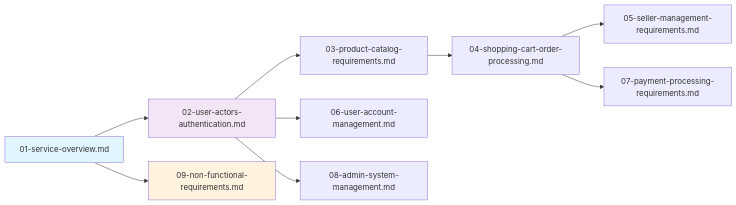
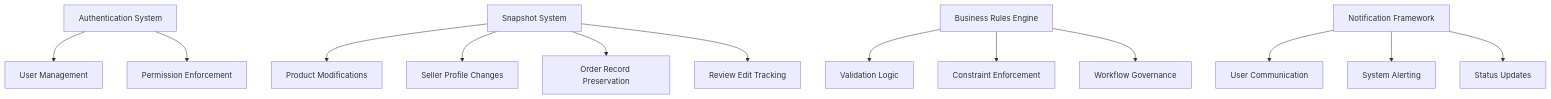
Before and after one commit to wrtnlabs/autobe-examples: the diagram in deepseek/deepseek-v3.1-terminus-exacto/shopping/docs/analysis/00-toc.md, drawn with Mermaid. The commit also changed other lines of this file and 9391 other files, not shown here.

````diff
--- a/deepseek/deepseek-v3.1-terminus-exacto/shopping/docs/analysis/00-toc.md
+++ b/deepseek/deepseek-v3.1-terminus-exacto/shopping/docs/analysis/00-toc.md
@@ -65,15 +201,18 @@
 ```mermaid
-graph LR
-    A["01-service-overview.md"] --> B["02-user-actors-authentication.md"]
-    B --> C["03-product-catalog-requirements.md"]
-    C --> D["04-shopping-cart-order-processing.md"]
-    D --> E["05-seller-management-requirements.md"]
-    B --> F["06-user-account-management.md"]
-    D --> G["07-payment-processing-requirements.md"]
-    B --> H["08-admin-system-management.md"]
-    A --> I["09-non-functional-requirements.md"]
+graph TB
+    A["Authentication System"] --> B["User Management"]
+    A --> C["Permission Enforcement"]
     
-    style A fill:#e1f5fe
-    style B fill:#f3e5f5
-    style I fill:#fff3e0
+    D["Snapshot System"] --> E["Product Modifications"]
+    D --> F["Seller Profile Changes"]
+    D --> G["Order Record Preservation"]
+    D --> H["Review Edit Tracking"]
+    
+    I["Business Rules Engine"] --> J["Validation Logic"]
+    I --> K["Constraint Enforcement"]
+    I --> L["Workflow Governance"]
+    
+    M["Notification Framework"] --> N["User Communication"]
+    M --> O["System Alerting"]
+    M --> P["Status Updates"]
 ```
````
